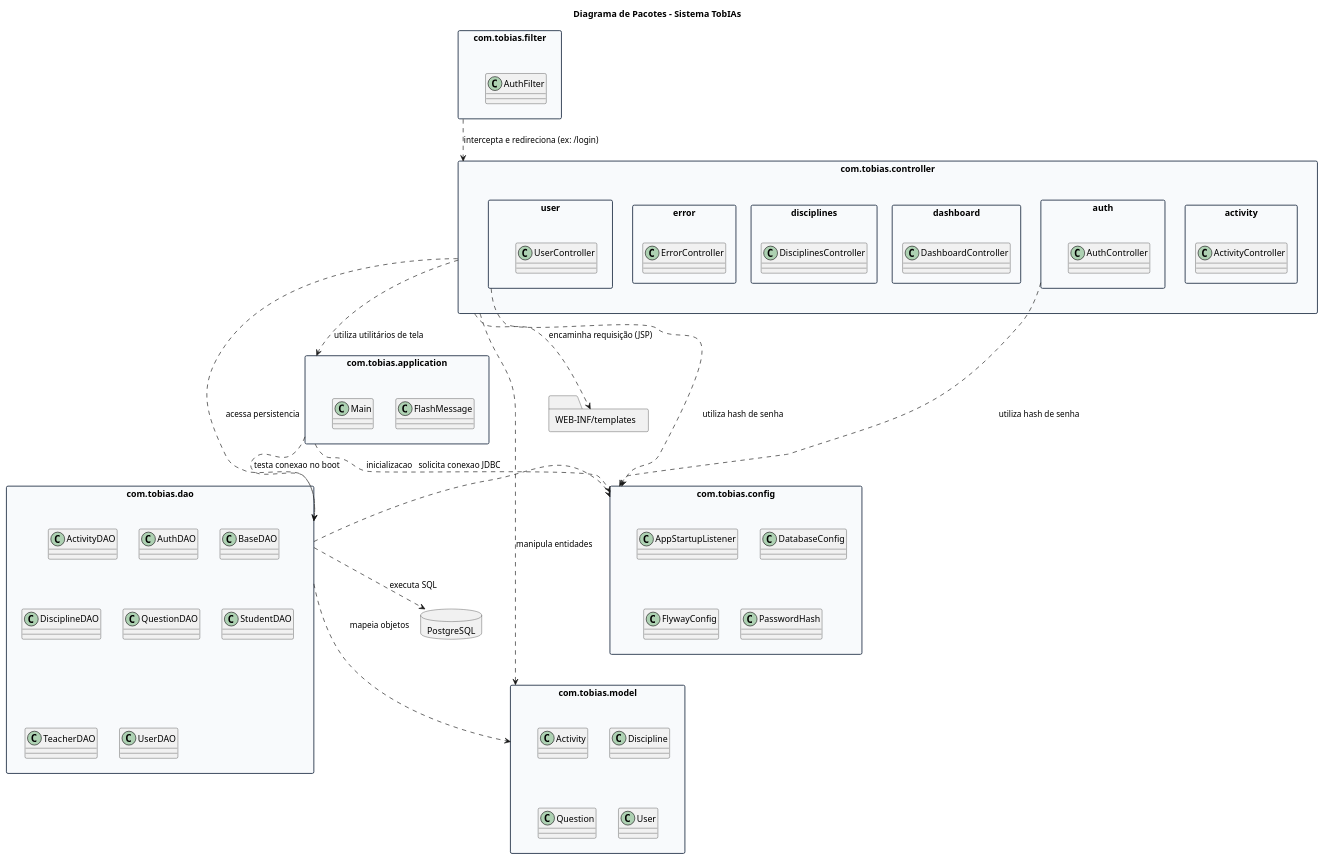
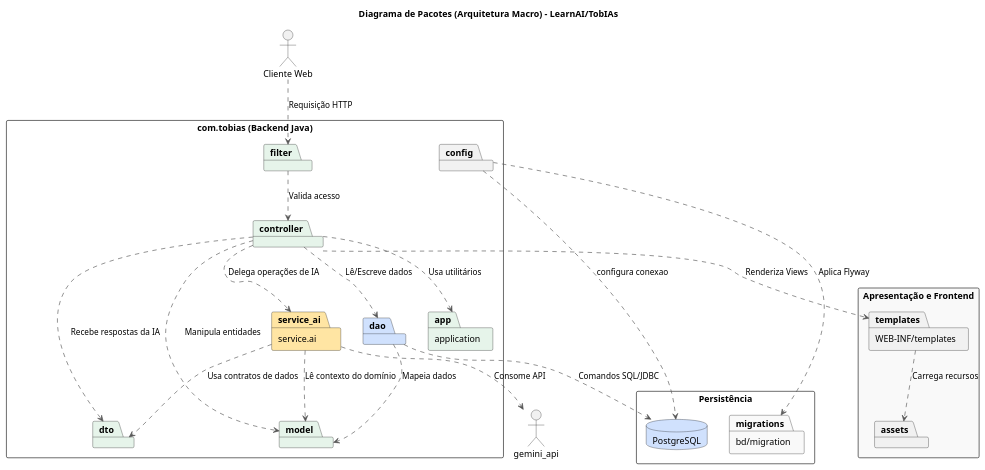
One commit to reinaldo-a/tobIAs changed the diagram in docs/diagramas/packageDiagram.puml. Above: the diagram before and after it, drawn with PlantUML.

Commit message:
docs: melhoria no diagrama de pacotes, seguindo as instrucoes da professora

```diff
--- a/docs/diagramas/packageDiagram.puml
+++ b/docs/diagramas/packageDiagram.puml
@@ -1,90 +1,63 @@
-@startuml packageDiagram
-allowmixing
-title Diagrama de Pacotes - Sistema TobIAs
+@startuml
+skinparam packageStyle rectangle
+skinparam shadowing false
+skinparam ArrowColor #555555
 
-skinparam packageStyle rectangle
-skinparam package {
-  BackgroundColor #F8FAFC
-  BorderColor #334155
-  ArrowColor #475569
+title Diagrama de Pacotes (Arquitetura Macro) - LearnAI/TobIAs
+
+actor "Cliente Web" as client
+
+package "Apresentação e Frontend" #F9F9F9 {
+    package "WEB-INF/templates" as templates
+    package "assets" as assets
 }
 
-package "com.tobias.application" as application {
-  class FlashMessage
-  class Main
+package "com.tobias (Backend Java)" {
+    
+    package "filter" as filter #E6F4EA
+    package "controller" as controller #E6F4EA
+    package "application" as app #E6F4EA
+    
+    package "service.ai" as service_ai #FFE5A3
+    package "dto" as dto #E6F4EA
+    
+    package "model" as model #E6F4EA
+    package "dao" as dao #D0E1FD
+    package "config" as config #F2F2F2
 }
 
-package "com.tobias.config" as config {
-  class AppStartupListener
-  class DatabaseConfig
-  class FlywayConfig
-  class PasswordHash
+package "Persistência" {
+    package "bd/migration" as migrations #F9F9F9
+    database "PostgreSQL" as postgres #D0E1FD
 }
 
-package "com.tobias.controller" as controller {
-  package "activity" as controller_activity {
-    class ActivityController
-  }
-  package "auth" as controller_auth {
-    class AuthController
-  }
-  package "dashboard" as controller_dashboard {
-    class DashboardController
-  }
-  package "disciplines" as controller_disciplines {
-    class DisciplinesController
-  }
-  package "error" as controller_error {
-    class ErrorController
-  }
-  package "user" as controller_user {
-    class UserController
-  }
-}
+' --- FLUXO E DEPENDÊNCIAS ---
 
-package "com.tobias.dao" as dao {
-  class ActivityDAO
-  class AuthDAO
-  class BaseDAO
-  class DisciplineDAO
-  class QuestionDAO
-  class StudentDAO
-  class TeacherDAO
-  class UserDAO
-}
+client ..> filter : "Requisição HTTP"
+filter ..> controller : "Valida acesso"
 
-package "com.tobias.filter" as filter {
-  class AuthFilter
-}
+' Camada Web
+controller ..> templates : "Renderiza Views"
+controller ..> app : "Usa utilitários"
+controller ..> model : "Manipula entidades"
+controller ..> dao : "Lê/Escreve dados"
+controller ..> service_ai : "Delega operações de IA"
+controller ..> dto : "Recebe respostas da IA"
 
-package "com.tobias.model" as model {
-  class Activity
-  class Discipline
-  class Question
-  class User
-}
+' Camada de Serviço (IA)
+service_ai ..> gemini_api : "Consome API"
+service_ai ..> dto : "Usa contratos de dados"
+service_ai ..> model : "Lê contexto do domínio"
 
-folder "WEB-INF/templates" as templates
-database "PostgreSQL" as database
+' Camada de Dados
+dao ..> postgres : "Comandos SQL/JDBC"
+dao ..> model : "Mapeia dados"
 
-' Dependências dos Controllers
-controller ..> application : utiliza utilitários de tela
-controller ..> dao : acessa persistencia
-controller ..> model : manipula entidades
-controller ..> templates : encaminha requisição (JSP)
-controller_auth ..> config : utiliza hash de senha
-controller_user ..> config : utiliza hash de senha
+' Infraestrutura
+config ..> migrations : "Aplica Flyway"
+config .> postgres : "configura conexao"
 
-' Dependências de Inicialização e Config
-application ..> config : inicializacao
-application ..> dao : testa conexao no boot
-
-' Dependências do DAO
-dao ..> config : solicita conexao JDBC
-dao ..> model : mapeia objetos
-dao ..> database : executa SQL
-
-' Dependências de Segurança
-filter ..> controller : intercepta e redireciona (ex: /login)
+' Views
+templates ..> assets : "Carrega recursos"
 
 @enduml
```
